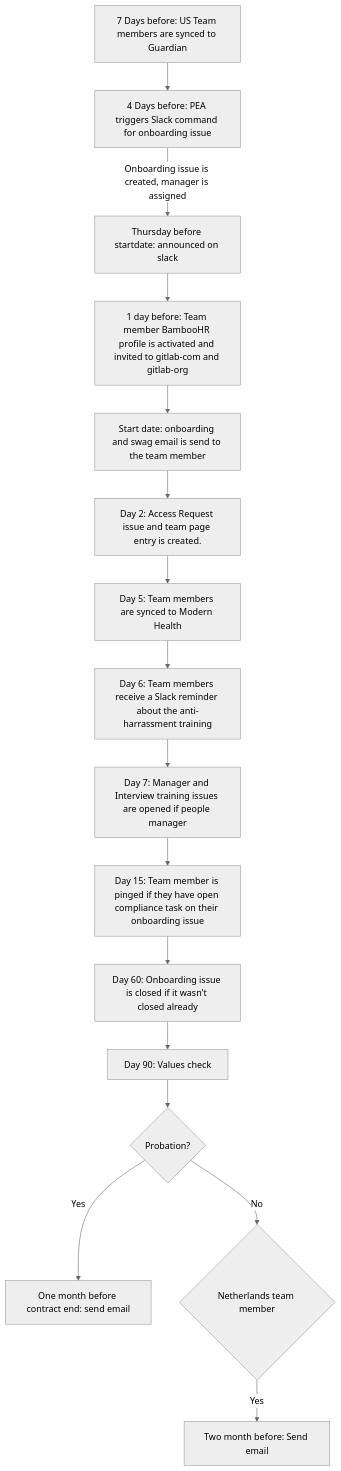
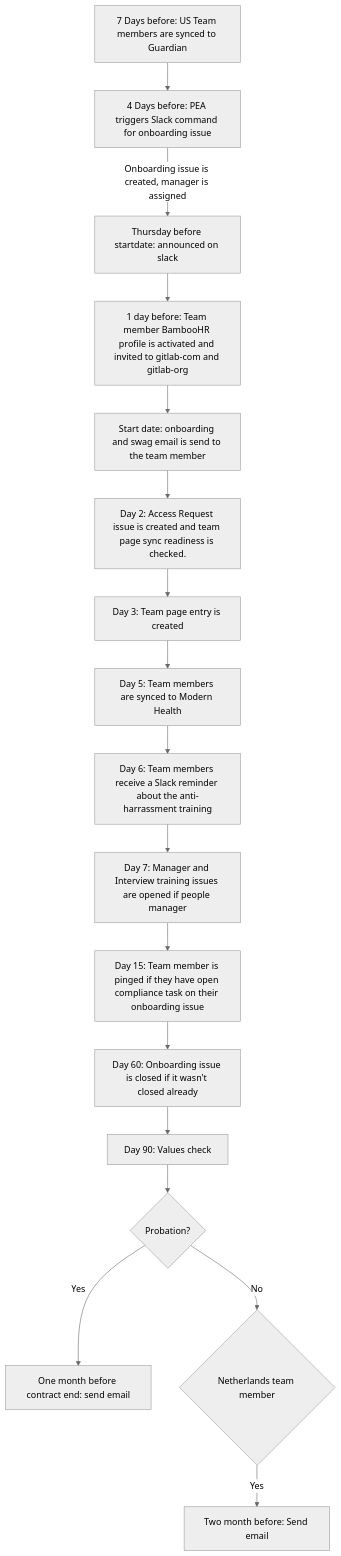
The diagram in people-group/engineering/onboarding/index.html.md (secretstartups/handbook), drawn with Mermaid (neutral theme) before and after one commit. The commit also changed other lines of this file, not shown here.

Commit message:
Change in sync to team page

````diff
--- a/people-group/engineering/onboarding/index.html.md
+++ b/people-group/engineering/onboarding/index.html.md
@@ -25,18 +25,19 @@
 ```mermaid
 graph TD
   Z[7 Days before: US Team members are synced to Guardian] --> A
   A[4 Days before: PEA triggers Slack command for onboarding issue] -->|Onboarding issue is created, manager is assigned| M
   M[Thursday before startdate: announced on slack] --> K
   K[1 day before: Team member BambooHR profile is activated and invited to gitlab-com and gitlab-org] --> I
   I[Start date: onboarding and swag email is send to the team member] --> C
-  C[Day 2: Access Request issue and team page entry is created.] --> E
+  C[Day 2: Access Request issue is created and team page sync readiness is checked.] --> CA
+  CA[Day 3: Team page entry is created] --> E
   E[Day 5: Team members are synced to Modern Health] --> EE
   EE[Day 6: Team members receive a Slack reminder about the anti-harrassment training] --> J
   J[Day 7: Manager and Interview training issues are opened if people manager] --> L
   L[Day 15: Team member is pinged if they have open compliance task on their onboarding issue] --> F
   F[Day 60: Onboarding issue is closed if it wasn't closed already] --> N
   N[Day 90: Values check] --> O{Probation?}
   O -->|Yes| D[One month before contract end: send email]
   O --> |No| B{Netherlands team member}
   B --> |Yes| G[Two month before: Send email]
 ```
````
